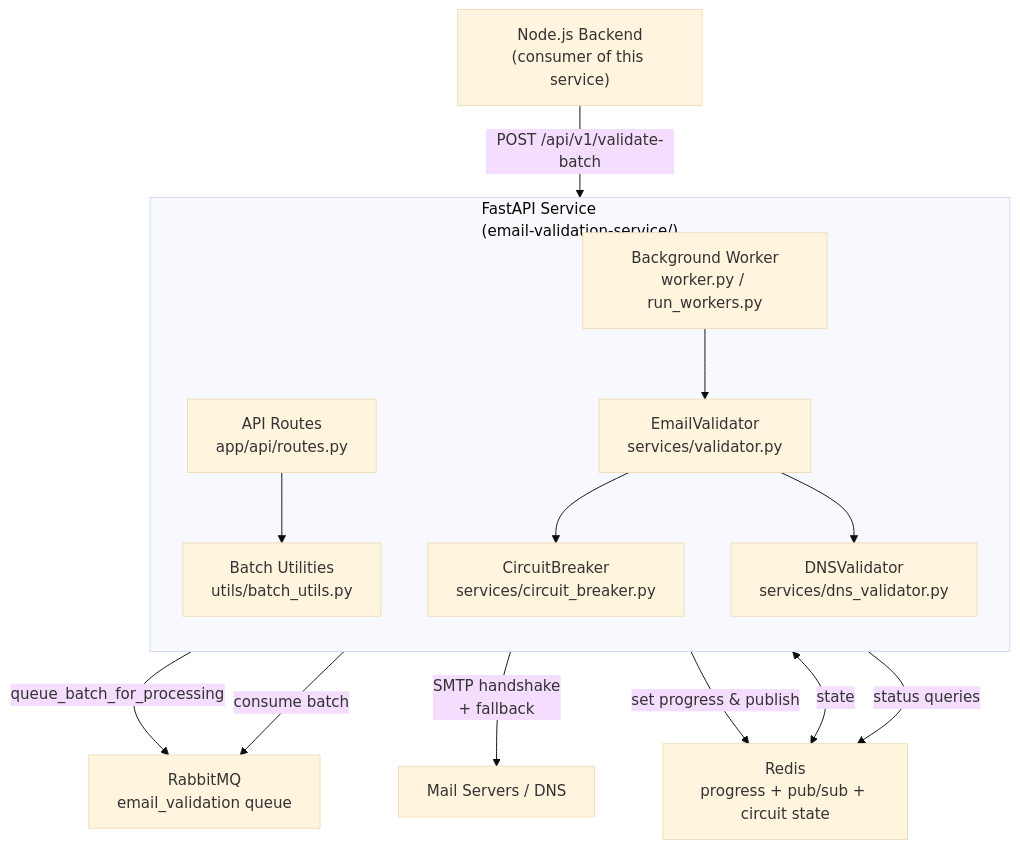
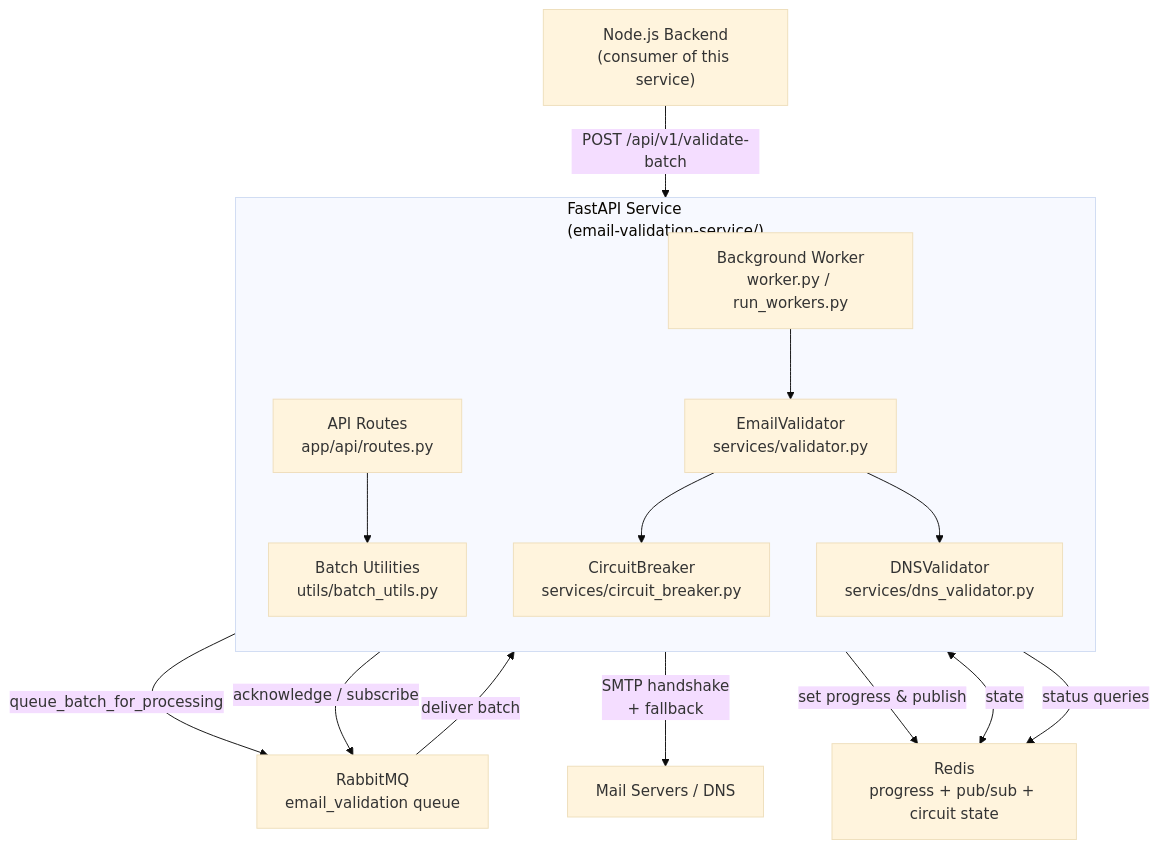
Before and after one commit to hassaanali723/tp-email-verification-tool: the first of 2 diagrams in docs/email-validation-service/overall-architecture.md, drawn with Mermaid (base theme).

Commit message:
Clarify RabbitMQ flow direction in overview diagram

````diff
--- a/docs/email-validation-service/overall-architecture.md
+++ b/docs/email-validation-service/overall-architecture.md
@@ -7,29 +7,30 @@
 ```mermaid
 flowchart TB
     subgraph FastAPI["FastAPI Service<br/>(email-validation-service/)"]
         direction TB
         Routes["API Routes<br/>app/api/routes.py"]
         BatchUtils["Batch Utilities<br/>utils/batch_utils.py"]
         Worker["Background Worker<br/>worker.py / run_workers.py"]
         Validator["EmailValidator<br/>services/validator.py"]
         Circuit["CircuitBreaker<br/>services/circuit_breaker.py"]
         DNSVal["DNSValidator<br/>services/dns_validator.py"]
     end
 
     Backend["Node.js Backend<br/>(consumer of this service)"]
     MQ["RabbitMQ<br/>email_validation queue"]
     Redis["Redis<br/>progress + pub/sub + circuit state"]
     SMTP["Mail Servers / DNS"]
 
     Backend -->|POST /api/v1/validate-batch| Routes
     Routes --> BatchUtils
     BatchUtils -->|queue_batch_for_processing| MQ
-    Worker -->|consume batch| MQ
+    MQ -->|deliver batch| Worker
+    Worker -->|acknowledge / subscribe| MQ
     Worker --> Validator
     Validator -->|SMTP handshake<br/>+ fallback| SMTP
     Validator --> Circuit
     Validator --> DNSVal
     Worker -->|set progress & publish| Redis
     Circuit <-->|state| Redis
     Routes -->|status queries| Redis
 ```
````
